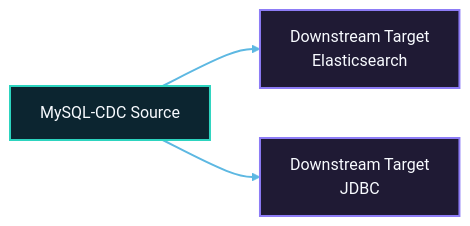
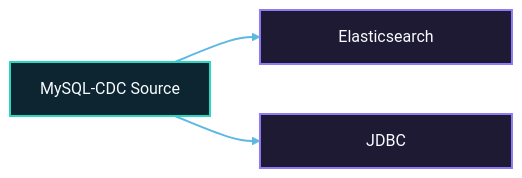
The third of 4 diagrams in docs/en/architecture/engine/dag-execution.md (apache/seatunnel), drawn with Mermaid before and after one commit. The commit also changed 1 other file, not shown here.

Commit message:
Keep sink node labels concise

````diff
--- a/docs/en/architecture/engine/dag-execution.md
+++ b/docs/en/architecture/engine/dag-execution.md
@@ -281,12 +281,12 @@
 ```mermaid
 flowchart LR
-    source["MySQL-CDC Source"] --> elastic["Downstream Target<br/>Elasticsearch"]
-    source --> jdbc["Downstream Target<br/>JDBC"]
+    source["MySQL-CDC Source"] --> elastic["<div style='width:12em;text-align:center'>Elasticsearch</div>"]
+    source --> jdbc["<div style='width:12em;text-align:center'>JDBC</div>"]
 
     classDef layerCyan fill:#0c2530,stroke:#2dd4bf,stroke-width:2px,color:#f8fbff;
     classDef layerPurple fill:#1f1a34,stroke:#8d7cf6,stroke-width:2px,color:#f8fbff;
 
     class source layerCyan;
     class elastic,jdbc layerPurple;
     linkStyle default stroke:#5db8e2,stroke-width:2px;
 ```
````
